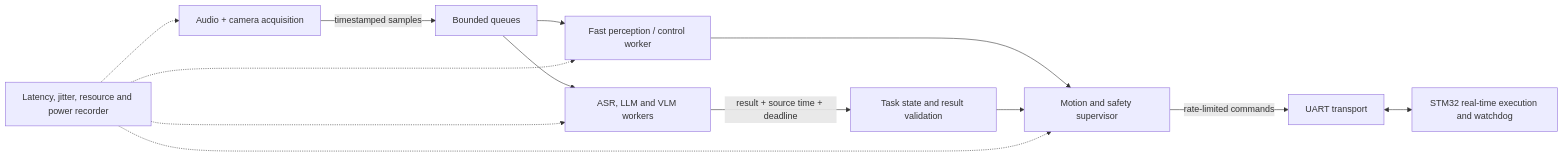
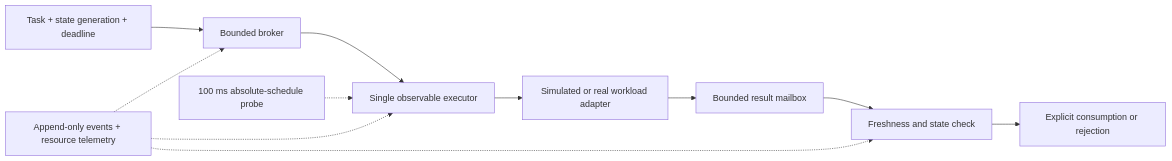
The second of 3 diagrams in docs/architecture/README.md (yuzhang-robotics/embodied-robot-heterogeneous-control), drawn with Mermaid before and after one commit. The commit also changed other lines of this file and 4 other files, not shown here.

````diff
--- a/docs/architecture/README.md
+++ b/docs/architecture/README.md
@@ -75,15 +82,13 @@
-```mermaid
+~~~mermaid
 flowchart LR
-    Sensors["Audio + camera acquisition"] -->|"timestamped samples"| Queues["Bounded queues"]
-    Queues --> Fast["Fast perception / control worker"]
-    Queues --> Slow["ASR, LLM and VLM workers"]
-    Slow -->|"result + source time + deadline"| Fusion["Task state and result validation"]
-    Fast --> Supervisor["Motion and safety supervisor"]
-    Fusion --> Supervisor
-    Supervisor -->|"rate-limited commands"| Link["UART transport"]
-    Link <--> MCU["STM32 real-time execution and watchdog"]
-    Metrics["Latency, jitter, resource and power recorder"] -.-> Sensors
-    Metrics -.-> Fast
-    Metrics -.-> Slow
-    Metrics -.-> Supervisor
-```
+    Submit["Task + state generation + deadline"] --> Broker["Bounded broker"]
+    Broker --> Worker["Single observable executor"]
+    Worker --> Adapter["Simulated or real workload adapter"]
+    Adapter --> Mailbox["Bounded result mailbox"]
+    Mailbox --> Check["Freshness and state check"]
+    Check --> Consume["Explicit consumption or rejection"]
+    Probe["100 ms absolute-schedule probe"] -.-> Worker
+    Trace["Append-only events + resource telemetry"] -.-> Broker
+    Trace -.-> Worker
+    Trace -.-> Check
+~~~
````
